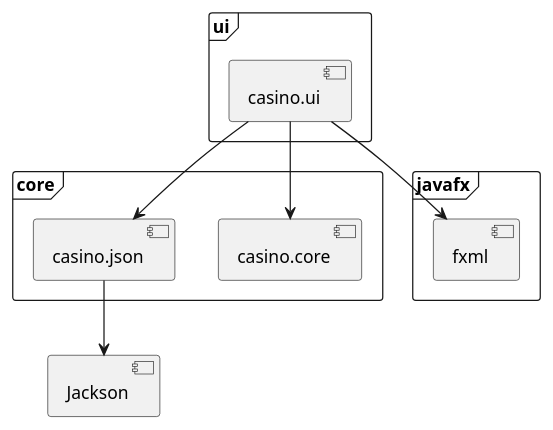
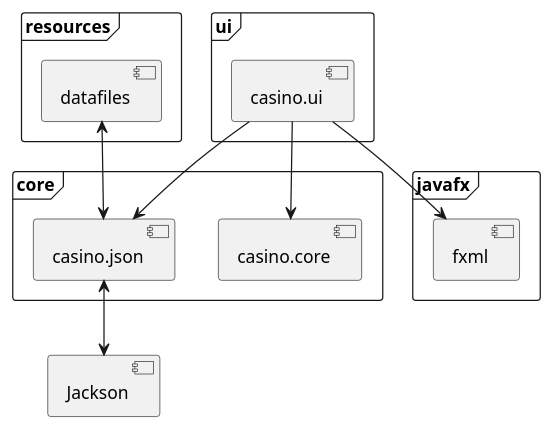
One commit to VetleSkaar/IT1901 changed the diagram in README.md. Above: the diagram before and after it, drawn with PlantUML. The commit also changed other lines of this file, not shown here.

````diff
--- a/README.md
+++ b/README.md
@@ -29,28 +30,33 @@
 ```plantuml
 frame "core" {
   [casino.core]
   [casino.json]
 }
 
 frame "ui" {
   [casino.ui]
+}
+
+frame "resources" {
+  [datafiles]
 }
 
 frame "ui" {
   [casino.ui]
 }
 
 frame "javafx" {
   [fxml]
 }
 
 [Jackson]
 
 
 [casino.ui] --> [fxml]
 [casino.ui] --> [casino.json]
 [casino.ui] --> [casino.core]
-[casino.json] --> [Jackson]
+[casino.json] <--> [Jackson]
+[datafiles] <--> [casino.json]
 
 
 ```
````
